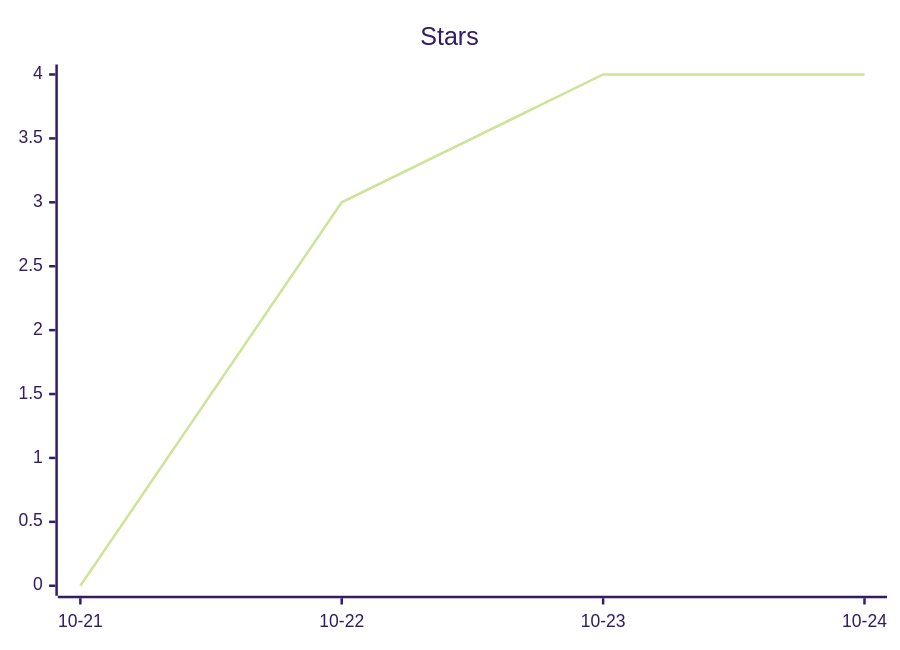
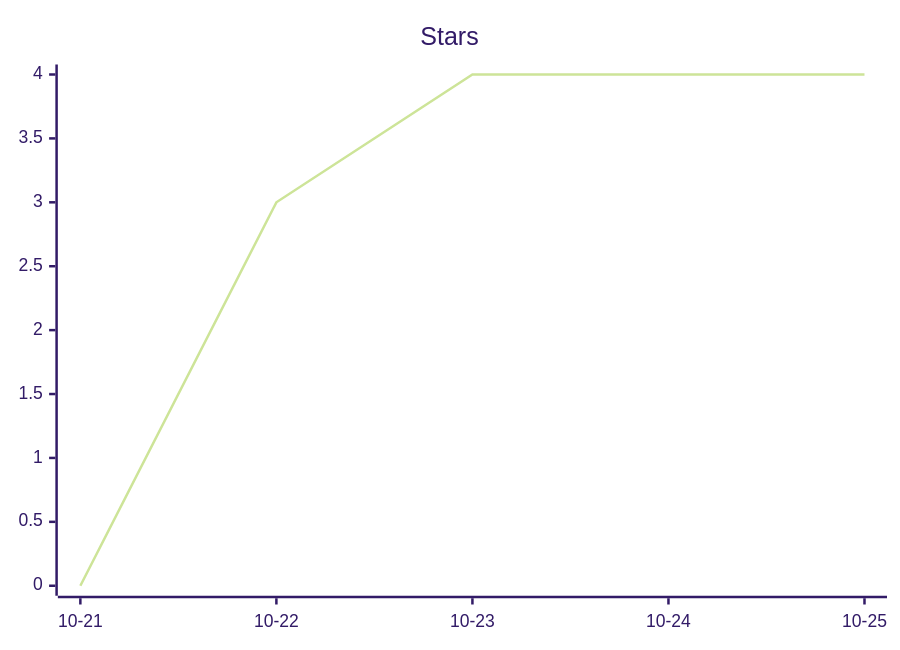
The second of 3 diagrams in README.md (ArtemkaGoldMan/ContextSwitcher), drawn with Mermaid (forest theme) before and after one commit. The commit also changed other lines of this file and 6 other files, not shown here.

````diff
--- a/README.md
+++ b/README.md
@@ -43,6 +43,6 @@
 ```mermaid
 xychart-beta
     title "Stars"
-    x-axis ["10-21", "10-22", "10-23", "10-24"]
-    line [0, 3, 4, 4]
+    x-axis ["10-21", "10-22", "10-23", "10-24", "10-25"]
+    line [0, 3, 4, 4, 4]
 ```
````
